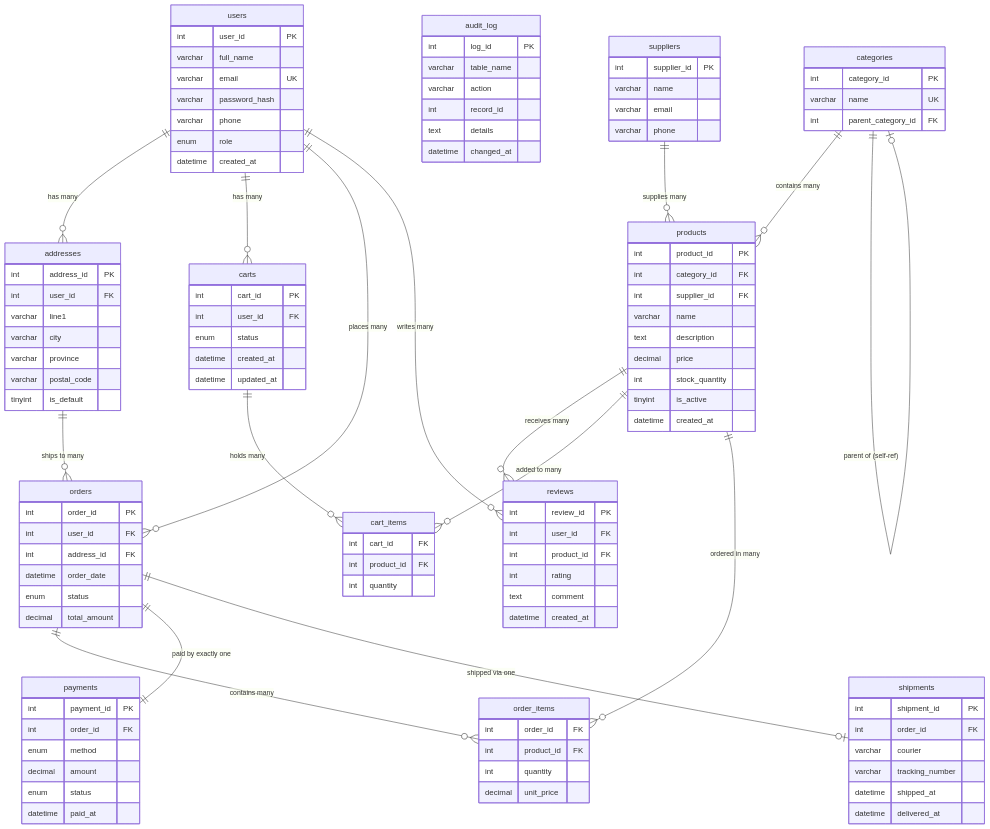
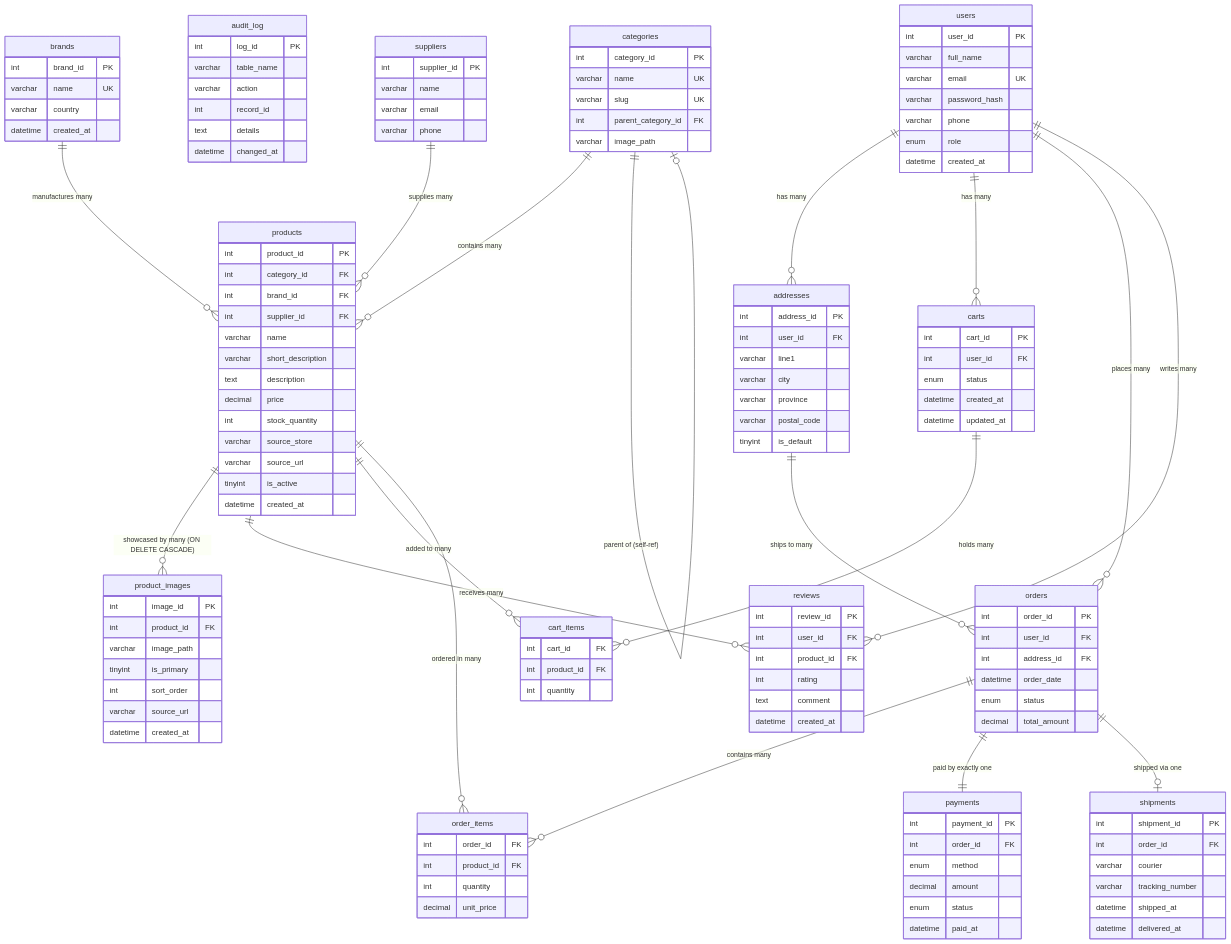
Before and after one commit to usaidabid88/Lattafa: the diagram in docs/er_diagram.md, drawn with Mermaid. The commit also changed other lines of this file and 12 other files, not shown here.

Commit message:
docs(11g): complete phase 11 tests, demo queries, er diagram, viva notes, and responsive audit

````diff
--- a/docs/er_diagram.md
+++ b/docs/er_diagram.md
@@ -38,11 +38,20 @@
         datetime    changed_at
     }
 
-    %% ── MEMBER B: Catalog and Inventory ─────────────────────────────────
+    %% ── MEMBER B: Catalog, Brands & Multi-Image Gallery ──────────────────
+    brands {
+        int         brand_id        PK
+        varchar     name            UK
+        varchar     country
+        datetime    created_at
+    }
+
     categories {
         int         category_id     PK
         varchar     name            UK
+        varchar     slug            UK
         int         parent_category_id FK
+        varchar     image_path
     }
 
     suppliers {
@@ -55,12 +64,26 @@
     products {
         int         product_id      PK
         int         category_id     FK
+        int         brand_id        FK
         int         supplier_id     FK
         varchar     name
+        varchar     short_description
         text        description
         decimal     price
         int         stock_quantity
+        varchar     source_store
+        varchar     source_url
         tinyint     is_active
+        datetime    created_at
+    }
+
+    product_images {
+        int         image_id        PK
+        int         product_id      FK
+        varchar     image_path
+        tinyint     is_primary
+        int         sort_order
+        varchar     source_url
         datetime    created_at
     }
 
@@ -125,23 +148,25 @@
     %% ── Relationships ────────────────────────────────────────────────────
 
     %% Member A relationships
-    users       ||--o{  addresses   : "has many"
-    users       ||--o{  carts       : "has many"
-    users       ||--o{  orders      : "places many"
-    users       ||--o{  reviews     : "writes many"
+    users          ||--o{  addresses       : "has many"
+    users          ||--o{  carts           : "has many"
+    users          ||--o{  orders          : "places many"
+    users          ||--o{  reviews         : "writes many"
 
     %% Member B relationships
-    categories  ||--o{  products    : "contains many"
-    categories  ||--o|  categories  : "parent of (self-ref)"
-    suppliers   ||--o{  products    : "supplies many"
-    products    ||--o{  reviews     : "receives many"
+    brands         ||--o{  products        : "manufactures many"
+    categories     ||--o{  products        : "contains many"
+    categories     ||--o|  categories      : "parent of (self-ref)"
+    suppliers      ||--o{  products        : "supplies many"
+    products       ||--o{  product_images  : "showcased by many (ON DELETE CASCADE)"
+    products       ||--o{  reviews         : "receives many"
 
     %% Member C relationships
-    carts       ||--o{  cart_items  : "holds many"
-    products    ||--o{  cart_items  : "added to many"
-    orders      ||--o{  order_items : "contains many"
-    products    ||--o{  order_items : "ordered in many"
-    addresses   ||--o{  orders      : "ships to many"
-    orders      ||--||  payments    : "paid by exactly one"
-    orders      ||--o|  shipments   : "shipped via one"
+    carts          ||--o{  cart_items      : "holds many"
+    products       ||--o{  cart_items      : "added to many"
+    orders         ||--o{  order_items     : "contains many"
+    products       ||--o{  order_items     : "ordered in many"
+    addresses      ||--o{  orders          : "ships to many"
+    orders         ||--||  payments        : "paid by exactly one"
+    orders         ||--o|  shipments       : "shipped via one"
 ```
````
